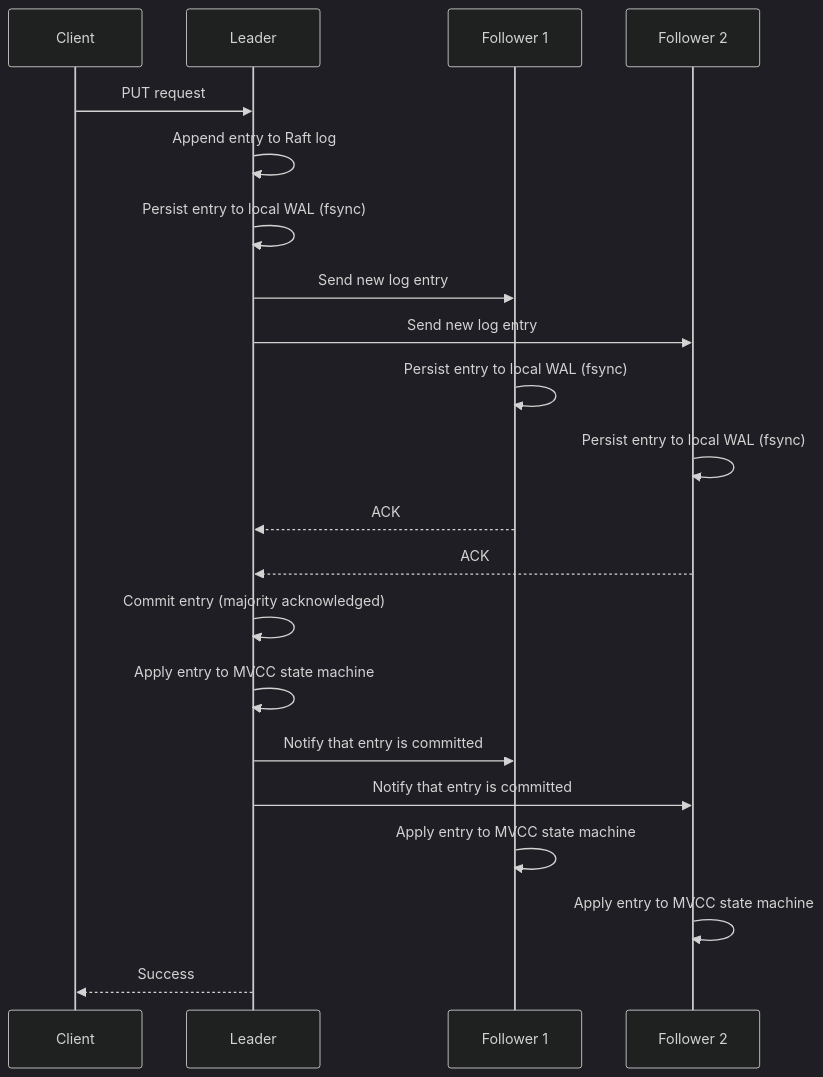
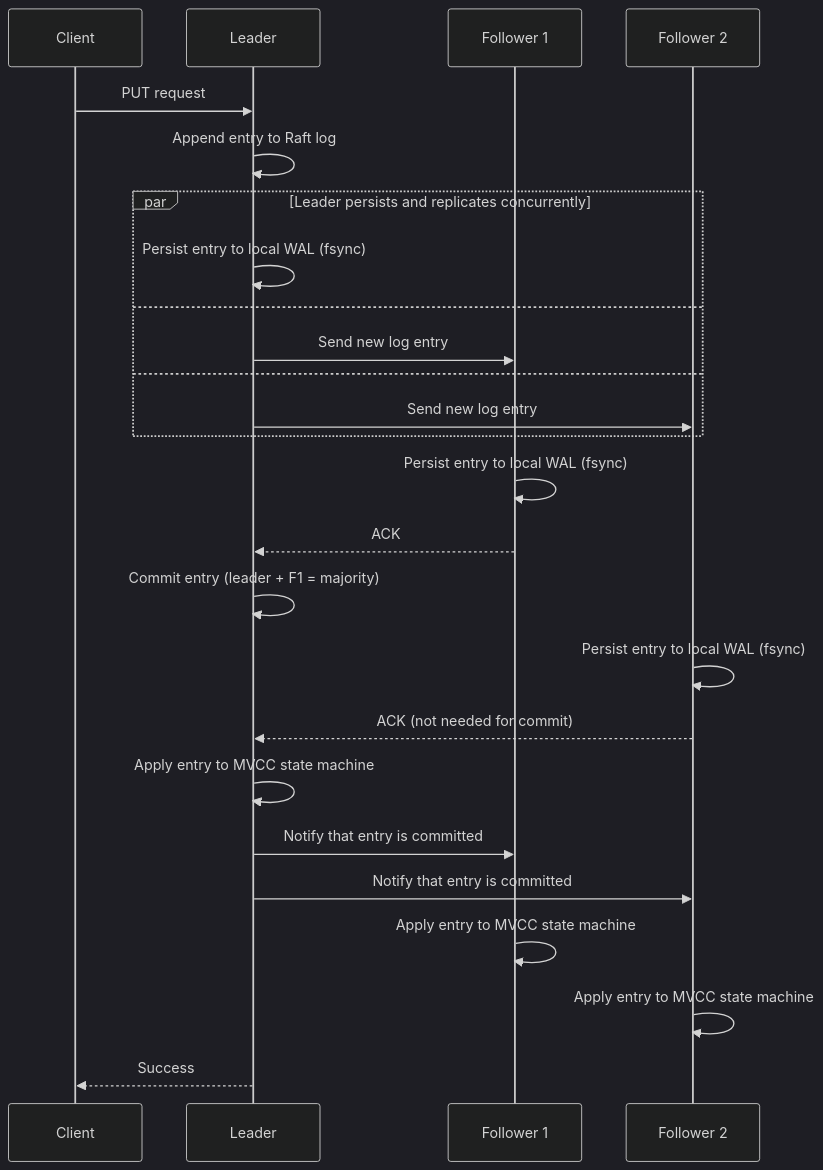
Before and after one commit to melonlorrd/melonlorrd.github.io: the second of 6 diagrams in 2026-07-04-learning-etcd.md, drawn with Mermaid (dark theme). The commit also changed other lines of this file, not shown here.

````diff
--- a/2026-07-04-learning-etcd.md
+++ b/2026-07-04-learning-etcd.md
@@ -41,30 +41,34 @@
 ```mermaid
 sequenceDiagram
     participant Client
     participant Leader
     participant F1 as Follower 1
     participant F2 as Follower 2
 
     Client->>Leader: PUT request
     Leader->>Leader: Append entry to Raft log
-    Leader->>Leader: Persist entry to local WAL (fsync)
-    Leader->>F1: Send new log entry
-    Leader->>F2: Send new log entry
+    par Leader persists and replicates concurrently
+        Leader->>Leader: Persist entry to local WAL (fsync)
+    and
+        Leader->>F1: Send new log entry
+    and
+        Leader->>F2: Send new log entry
+    end
 
     F1->>F1: Persist entry to local WAL (fsync)
+    F1-->>Leader: ACK
+
+    Leader->>Leader: Commit entry (leader + F1 = majority)
+
     F2->>F2: Persist entry to local WAL (fsync)
-
-    F1-->>Leader: ACK
-    F2-->>Leader: ACK
-
-    Leader->>Leader: Commit entry (majority acknowledged)
+    F2-->>Leader: ACK (not needed for commit)
     Leader->>Leader: Apply entry to MVCC state machine
 
     Leader->>F1: Notify that entry is committed
     Leader->>F2: Notify that entry is committed
 
     F1->>F1: Apply entry to MVCC state machine
     F2->>F2: Apply entry to MVCC state machine
 
     Leader-->>Client: Success
 ```
````
